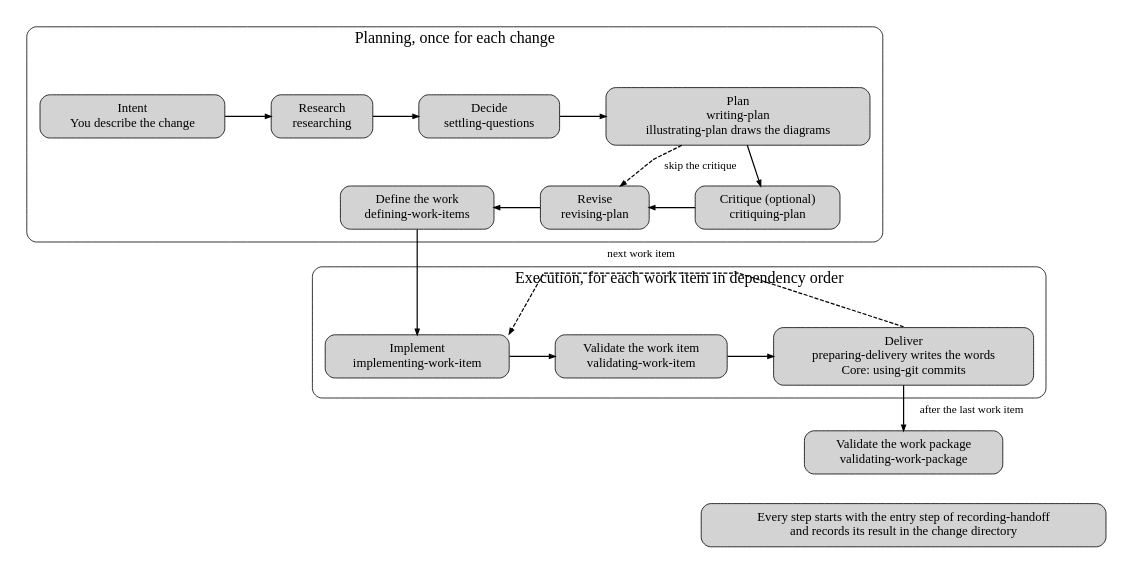
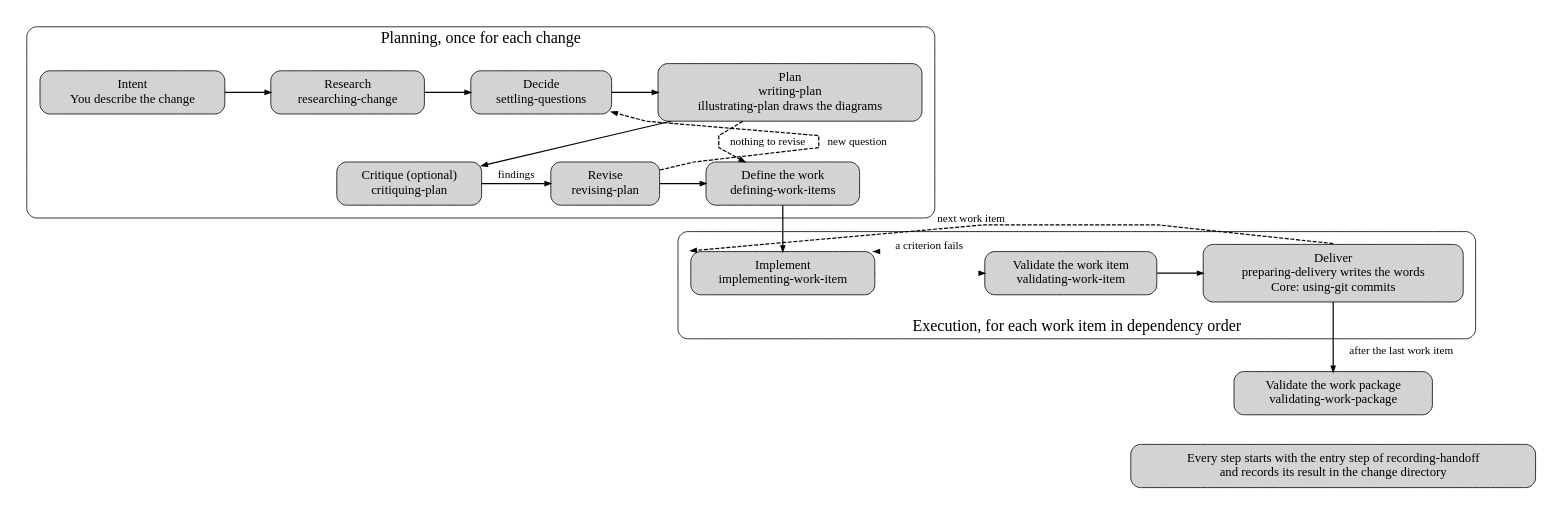
The diagram in packages/runtime/plugin/plugin-workflow/diagrams/change-flow.dot (xonovex/platform), drawn with Graphviz before and after one commit. The commit also changed 27 other files, not shown here.

Commit message:
docs(asset-diagrams): correct the sandbox diagrams against the code and add seatbelt, docker-sandboxes and openshell

```diff
--- a/packages/runtime/plugin/plugin-workflow/diagrams/change-flow.dot
+++ b/packages/runtime/plugin/plugin-workflow/diagrams/change-flow.dot
@@ -1,44 +1,46 @@
 digraph change_flow {
   graph [rankdir=TB, pad=0.25, nodesep=0.4, ranksep=0.5, splines=polyline, fontsize=20];
   node [shape=box, style="rounded,filled", fontsize=16, margin="0.2,0.12"];
   edge [fontsize=14, penwidth=1.5, arrowsize=0.7];
 
   subgraph cluster_planning {
     graph [label="Planning, once for each change", style=rounded, role=panel, margin=16];
 
     intent [label="Intent\nYou describe the change", role=actor];
-    research [label="Research\nresearching"];
+    research [label="Research\nresearching-change"];
     decide [label="Decide\nsettling-questions"];
     plan [label="Plan\nwriting-plan\nillustrating-plan draws the diagrams"];
     critique [label="Critique (optional)\ncritiquing-plan", role=note];
     revise [label="Revise\nrevising-plan"];
     define [label="Define the work\ndefining-work-items"];
 
     { rank=same; intent; research; decide; plan; }
     { rank=same; define; revise; critique; }
   }
 
   subgraph cluster_execution {
-    graph [label="Execution, for each work item in dependency order", style=rounded, role=panel, margin=16];
+    graph [label="Execution, for each work item in dependency order", labelloc=b, style=rounded, role=panel, margin=16];
 
     implement [label="Implement\nimplementing-work-item"];
     validate_item [label="Validate the work item\nvalidating-work-item"];
     deliver [label="Deliver\npreparing-delivery writes the words\nCore: using-git commits"];
 
     { rank=same; implement; validate_item; deliver; }
   }
 
   validate_package [label="Validate the work package\nvalidating-work-package", role=strong];
   entry [label="Every step starts with the entry step of recording-handoff\nand records its result in the change directory", role=caption];
 
   intent -> research -> decide -> plan;
   plan -> critique;
-  revise -> critique [dir=back];
-  plan -> revise [style=dashed, label="skip the critique"];
-  define -> revise [dir=back];
+  critique -> revise [label="findings"];
+  plan -> define [style=dashed, label="nothing to revise"];
+  revise -> define;
+  revise -> decide [style=dashed, constraint=false, label="new question"];
   define -> implement;
   implement -> validate_item -> deliver;
-  deliver:n -> implement:ne [style=dashed, constraint=false, label="next work item", role=retry];
+  validate_item:nw -> implement:ne [style=dashed, constraint=false, label="a criterion fails", role=retry];
+  deliver:n -> implement:nw [style=dashed, constraint=false, xlabel="next work item", role=retry];
   deliver -> validate_package [label="after the last work item"];
   validate_package -> entry [style=invis];
 }
```
